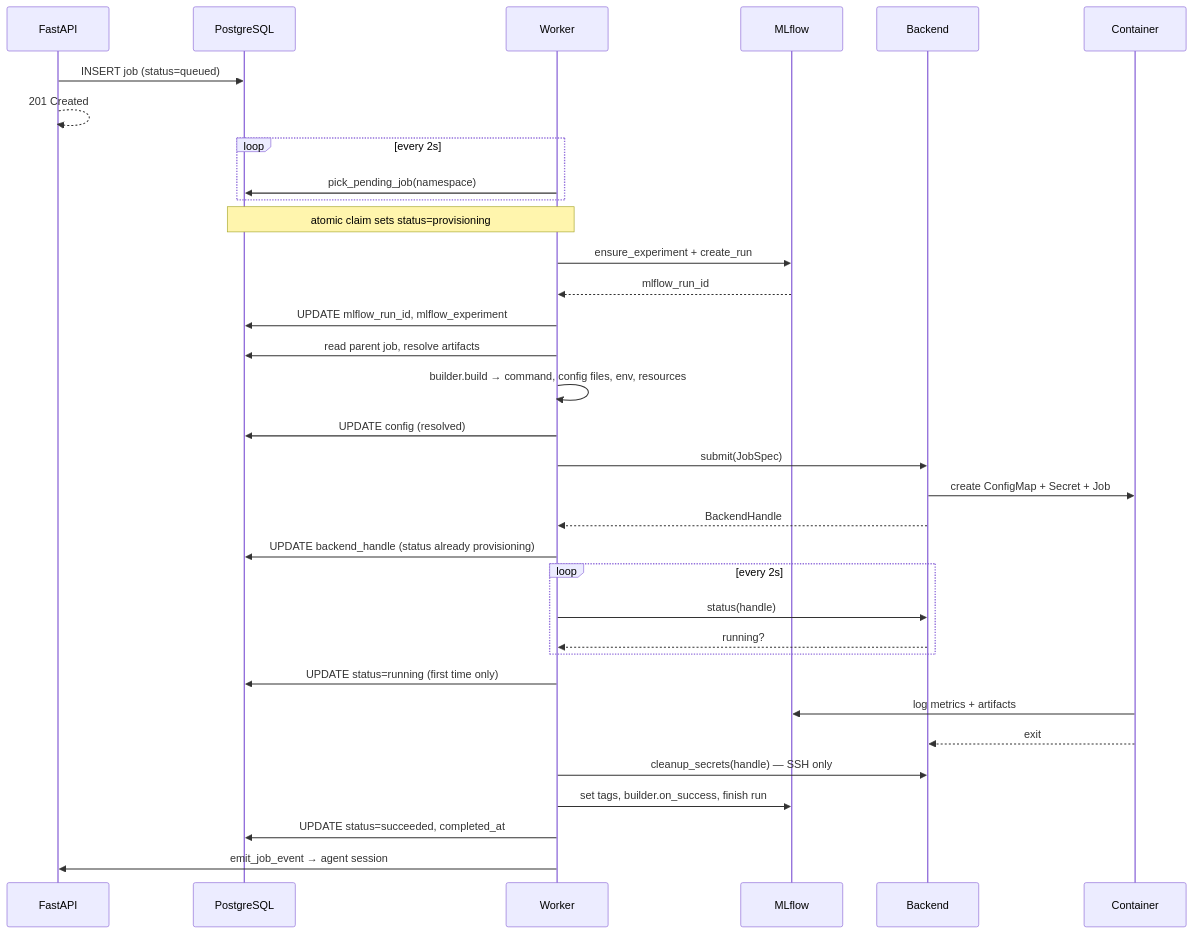
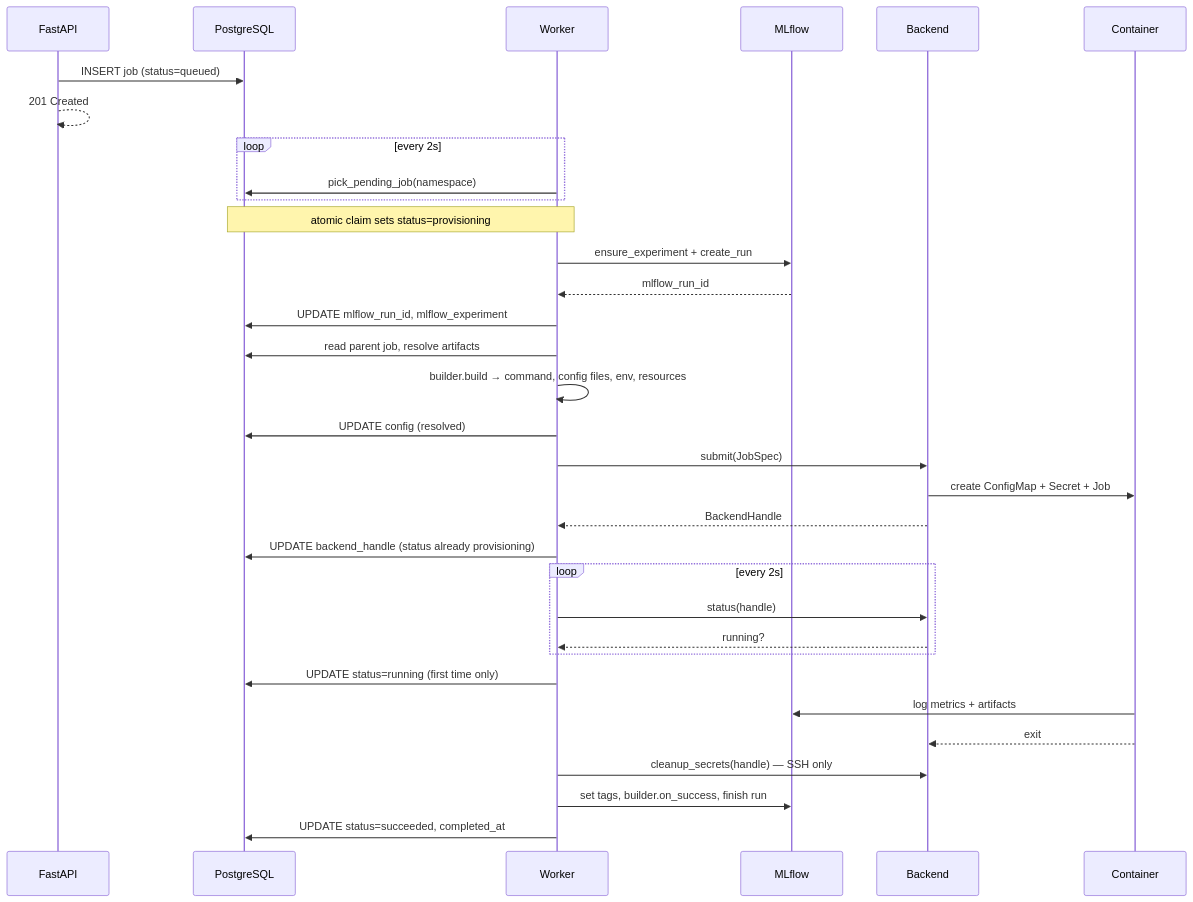
One commit to amortized-ai/amortized changed the third of 6 diagrams in docs/architecture.md. Above: the diagram before and after it, drawn with Mermaid. The commit also changed other lines of this file, not shown here.

````diff
--- a/docs/architecture.md
+++ b/docs/architecture.md
@@ -172,42 +167,41 @@
 ```mermaid
 sequenceDiagram
     participant API as FastAPI
     participant DB as PostgreSQL
     participant W as Worker
     participant ML as MLflow
     participant B as Backend
     participant C as Container
 
     API->>DB: INSERT job (status=queued)
     API-->>API: 201 Created
 
     loop every 2s
         W->>DB: pick_pending_job(namespace)
     end
     Note over W,DB: atomic claim sets status=provisioning
 
     W->>ML: ensure_experiment + create_run
     ML-->>W: mlflow_run_id
     W->>DB: UPDATE mlflow_run_id, mlflow_experiment
     W->>DB: read parent job, resolve artifacts
     W->>W: builder.build → command, config files, env, resources
     W->>DB: UPDATE config (resolved)
     W->>B: submit(JobSpec)
     B->>C: create ConfigMap + Secret + Job
     B-->>W: BackendHandle
     W->>DB: UPDATE backend_handle (status already provisioning)
 
     loop every 2s
         W->>B: status(handle)
         B-->>W: running?
     end
     W->>DB: UPDATE status=running (first time only)
 
     C->>ML: log metrics + artifacts
     C-->>B: exit
 
     W->>B: cleanup_secrets(handle) — SSH only
     W->>ML: set tags, builder.on_success, finish run
     W->>DB: UPDATE status=succeeded, completed_at
-    W->>API: emit_job_event → agent session
 ```
````
